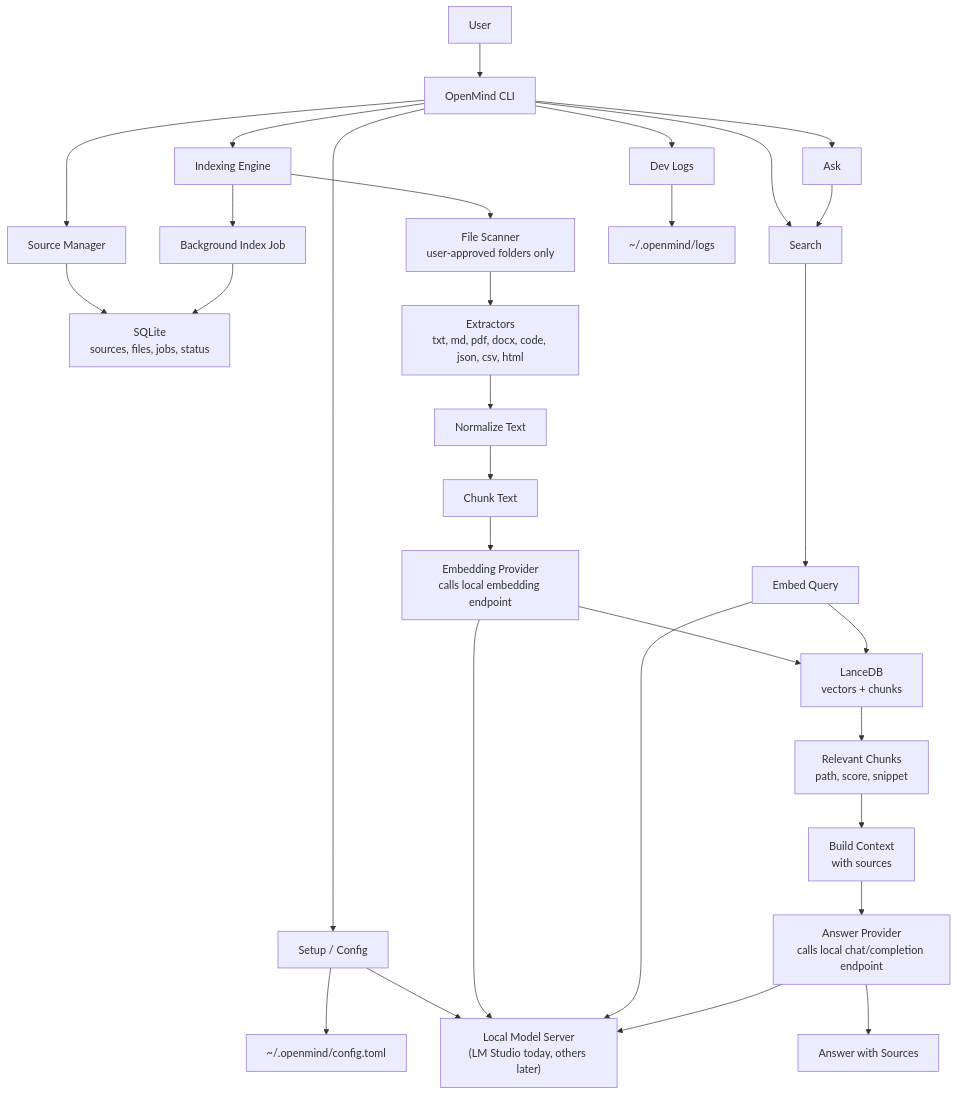
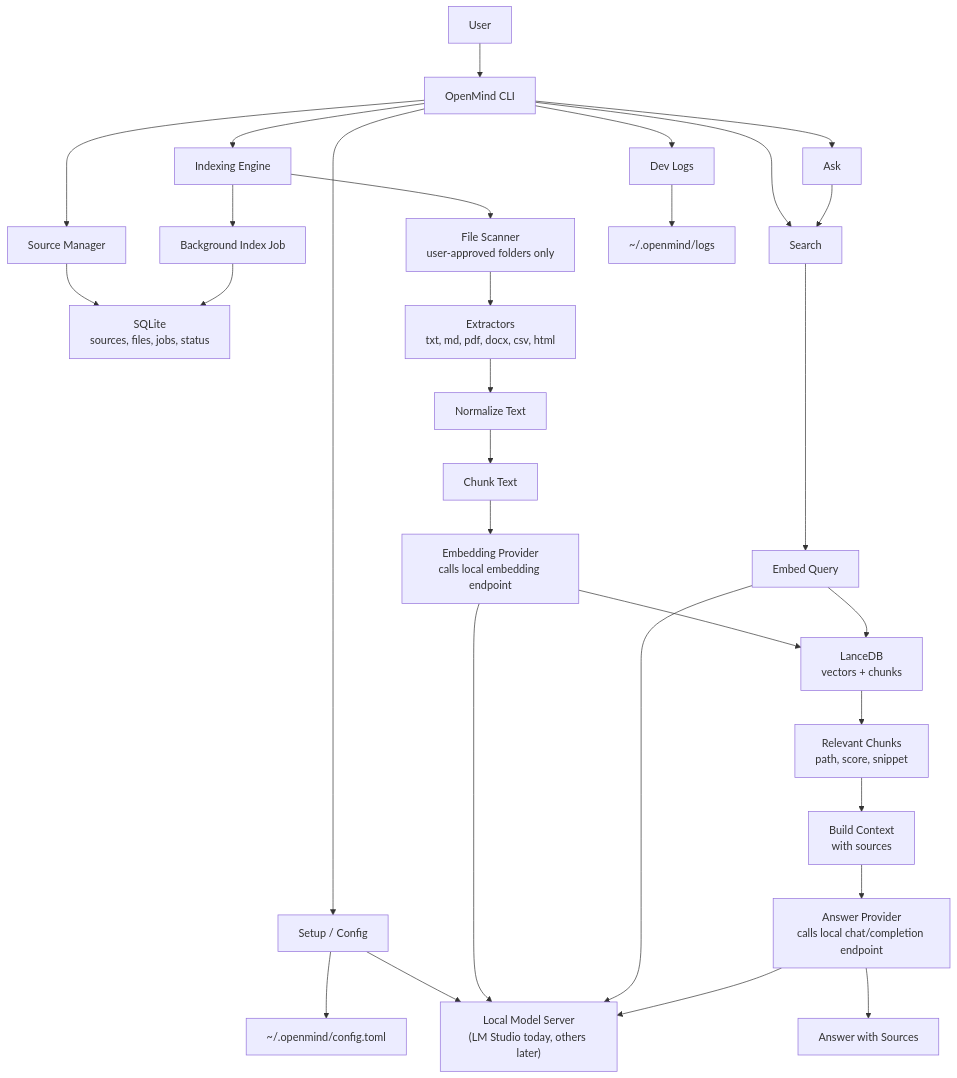
The diagram in README.md (codewithbro95/openmind), drawn with Mermaid before and after one commit. The commit also changed other lines of this file and 16 other files, not shown here.

````diff
--- a/README.md
+++ b/README.md
@@ -298,39 +314,39 @@
 ```mermaid
 flowchart TD
     User["User"] --> CLI["OpenMind CLI"]
 
     CLI --> Setup["Setup / Config"]
     CLI --> Sources["Source Manager"]
     CLI --> Indexing["Indexing Engine"]
     CLI --> Search["Search"]
     CLI --> Ask["Ask"]
 
     Setup --> Config["~/.openmind/config.toml"]
     Setup --> ModelServer["Local Model Server<br/>(LM Studio today, others later)"]
 
     Sources --> SQLite["SQLite<br/>sources, files, jobs, status"]
 
     Indexing --> Scanner["File Scanner<br/>user-approved folders only"]
-    Scanner --> Extractors["Extractors<br/>txt, md, pdf, docx, code, json, csv, html"]
+    Scanner --> Extractors["Extractors<br/>txt, md, pdf, docx, csv, html"]
     Extractors --> Normalizer["Normalize Text"]
     Normalizer --> Chunker["Chunk Text"]
     Chunker --> Embeddings["Embedding Provider<br/>calls local embedding endpoint"]
     Embeddings --> ModelServer
     Embeddings --> LanceDB["LanceDB<br/>vectors + chunks"]
 
     Search --> QueryEmbed["Embed Query"]
     QueryEmbed --> ModelServer
     QueryEmbed --> LanceDB
     LanceDB --> Results["Relevant Chunks<br/>path, score, snippet"]
 
     Ask --> Search
     Results --> Context["Build Context<br/>with sources"]
     Context --> AnswerModel["Answer Provider<br/>calls local chat/completion endpoint"]
     AnswerModel --> ModelServer
     AnswerModel --> Answer["Answer with Sources"]
 
     Indexing --> Jobs["Background Index Job"]
     Jobs --> SQLite
     CLI --> Logs["Dev Logs"]
     Logs --> LogFiles["~/.openmind/logs"]
 ```
````
